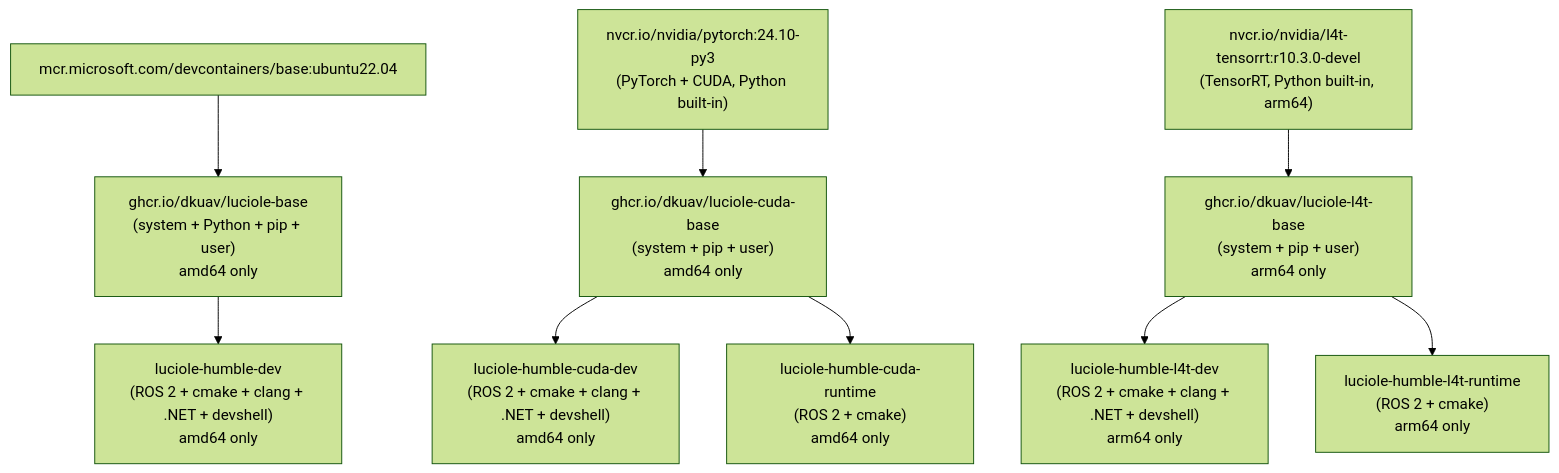
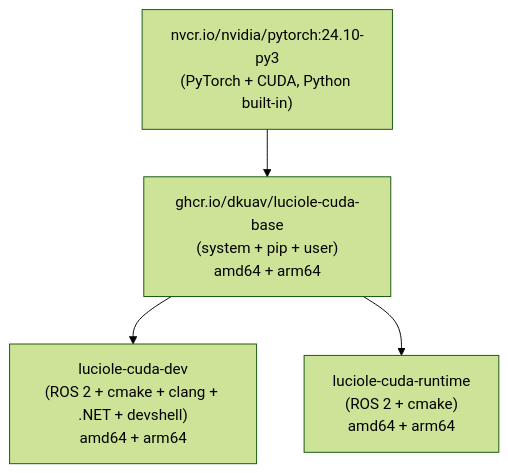
The first of 2 diagrams in README.md (DKUAV/images), drawn with Mermaid (forest theme) before and after one commit. The commit also changed other lines of this file and 40 other files, not shown here.

````diff
--- a/README.md
+++ b/README.md
@@ -11,12 +11,7 @@
 ```mermaid
 graph TD
-  U["mcr.microsoft.com/devcontainers/base:ubuntu22.04"] --> LB["ghcr.io/dkuav/luciole-base\n(system + Python + pip + user)\namd64 only"]
-  C["nvcr.io/nvidia/pytorch:24.10-py3\n(PyTorch + CUDA, Python built-in)"] --> CB["ghcr.io/dkuav/luciole-cuda-base\n(system + pip + user)\namd64 only"]
-  L["nvcr.io/nvidia/l4t-tensorrt:r10.3.0-devel\n(TensorRT, Python built-in, arm64)"] --> LTB["ghcr.io/dkuav/luciole-l4t-base\n(system + pip + user)\narm64 only"]
+  C["nvcr.io/nvidia/pytorch:24.10-py3\n(PyTorch + CUDA, Python built-in)"] --> CB["ghcr.io/dkuav/luciole-cuda-base\n(system + pip + user)\namd64 + arm64"]
 
-  LB --> HD["luciole-humble-dev\n(ROS 2 + cmake + clang + .NET + devshell)\namd64 only"]
-  CB --> HCD["luciole-humble-cuda-dev\n(ROS 2 + cmake + clang + .NET + devshell)\namd64 only"]
-  CB --> HCR["luciole-humble-cuda-runtime\n(ROS 2 + cmake)\namd64 only"]
-  LTB --> HLD["luciole-humble-l4t-dev\n(ROS 2 + cmake + clang + .NET + devshell)\narm64 only"]
-  LTB --> HLR["luciole-humble-l4t-runtime\n(ROS 2 + cmake)\narm64 only"]
+  CB --> HCD["luciole-cuda-dev\n(ROS 2 + cmake + clang + .NET + devshell)\namd64 + arm64"]
+  CB --> HCR["luciole-cuda-runtime\n(ROS 2 + cmake)\namd64 + arm64"]
 ```
````
